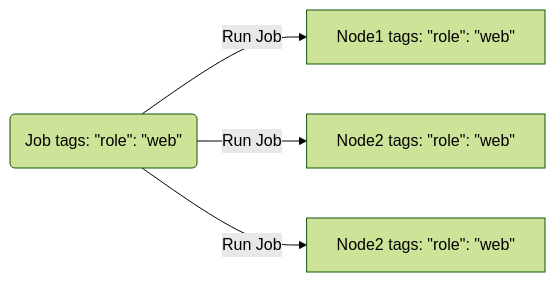
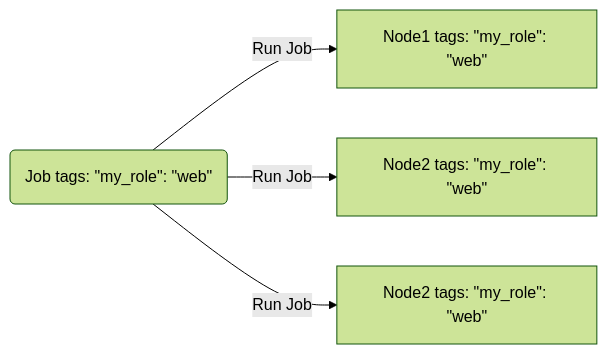
One commit to Sangisme108/UDPT changed the first of 2 diagrams in website/content/usage/target-nodes-spec.md. Above: the diagram before and after it, drawn with Mermaid (forest theme). The commit also changed other lines of this file, not shown here.

```diff
--- a/website/content/usage/target-nodes-spec.md
+++ b/website/content/usage/target-nodes-spec.md
@@ -29,6 +29,6 @@
 {{<mermaid align="left">}}
 graph LR;
-    J("Job tags: #quot;role#quot;: #quot;web#quot;") -->|Run Job|N1["Node1 tags: #quot;role#quot;: #quot;web#quot;"]
-    J -->|Run Job|N2["Node2 tags: #quot;role#quot;: #quot;web#quot;"]
-    J -->|Run Job|N3["Node2 tags: #quot;role#quot;: #quot;web#quot;"]
+    J("Job tags: #quot;my_role#quot;: #quot;web#quot;") -->|Run Job|N1["Node1 tags: #quot;my_role#quot;: #quot;web#quot;"]
+    J -->|Run Job|N2["Node2 tags: #quot;my_role#quot;: #quot;web#quot;"]
+    J -->|Run Job|N3["Node2 tags: #quot;my_role#quot;: #quot;web#quot;"]
 {{< /mermaid >}}
```
